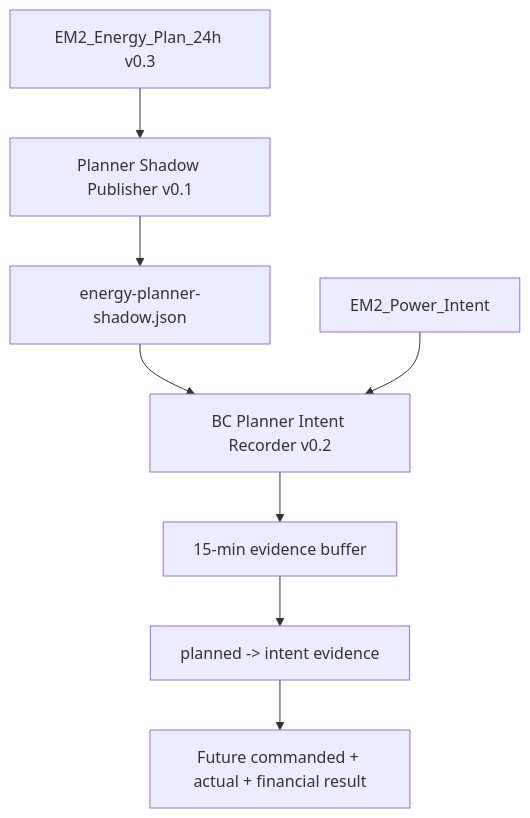
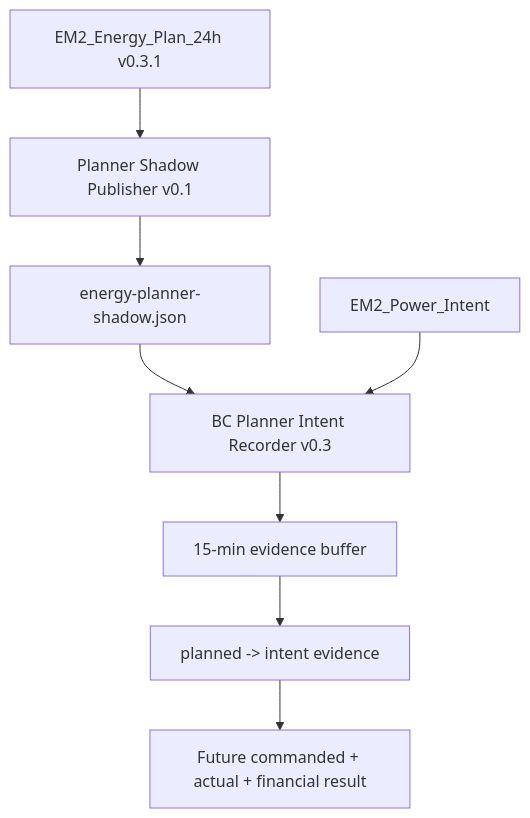
One commit to OnsKasteeltje/homey-energy-manual changed the third of 9 diagrams in docs/software-architecture/flows/planner-power-intent-flow.md. Above: the diagram before and after it, drawn with Mermaid. The commit also changed other lines of this file, not shown here.

Commit message:
docs: correct Tesla opportunity and deadline flow policy

````diff
--- a/docs/software-architecture/flows/planner-power-intent-flow.md
+++ b/docs/software-architecture/flows/planner-power-intent-flow.md
@@ -133,10 +143,10 @@
 ```mermaid
 flowchart TD
-    A[EM2_Energy_Plan_24h v0.3] --> B[Planner Shadow Publisher v0.1]
+    A[EM2_Energy_Plan_24h v0.3.1] --> B[Planner Shadow Publisher v0.1]
     B --> C[energy-planner-shadow.json]
-    C --> D[BC Planner Intent Recorder v0.2]
+    C --> D[BC Planner Intent Recorder v0.3]
     E[EM2_Power_Intent] --> D
     D --> F[15-min evidence buffer]
     F --> G[planned -> intent evidence]
     G --> H[Future commanded + actual + financial result]
 ```
````
